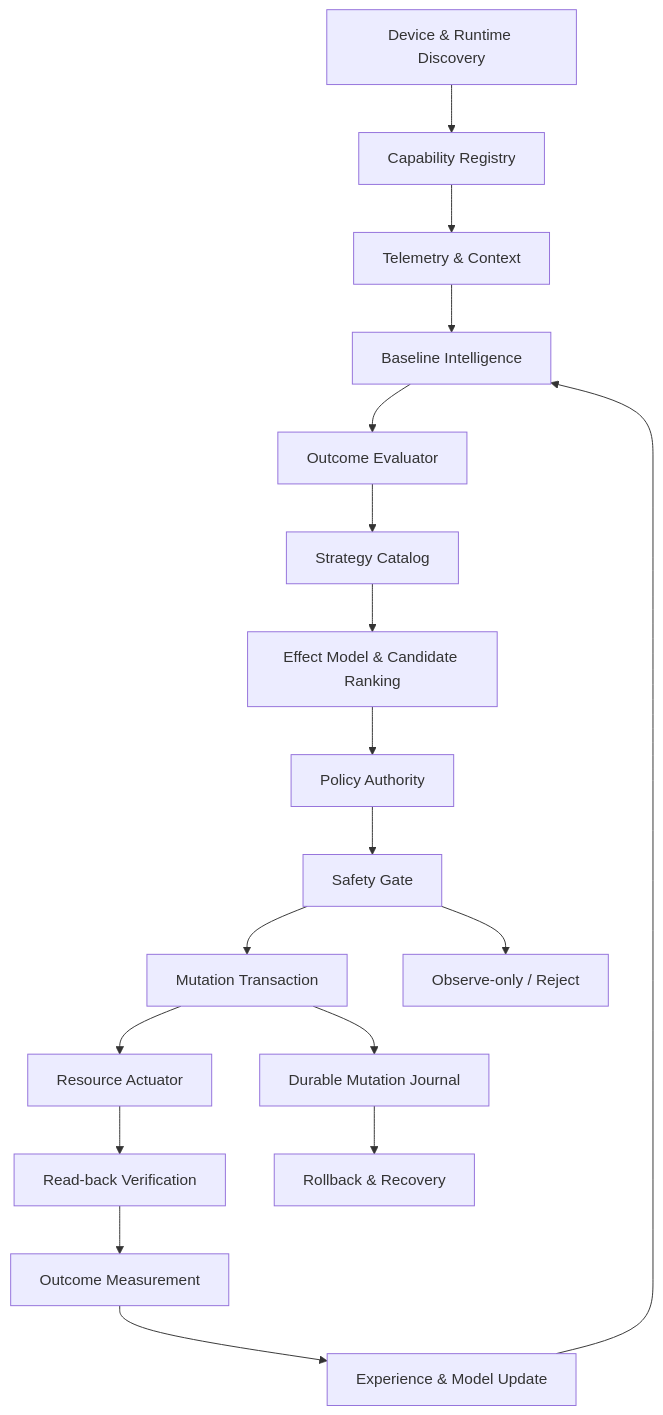
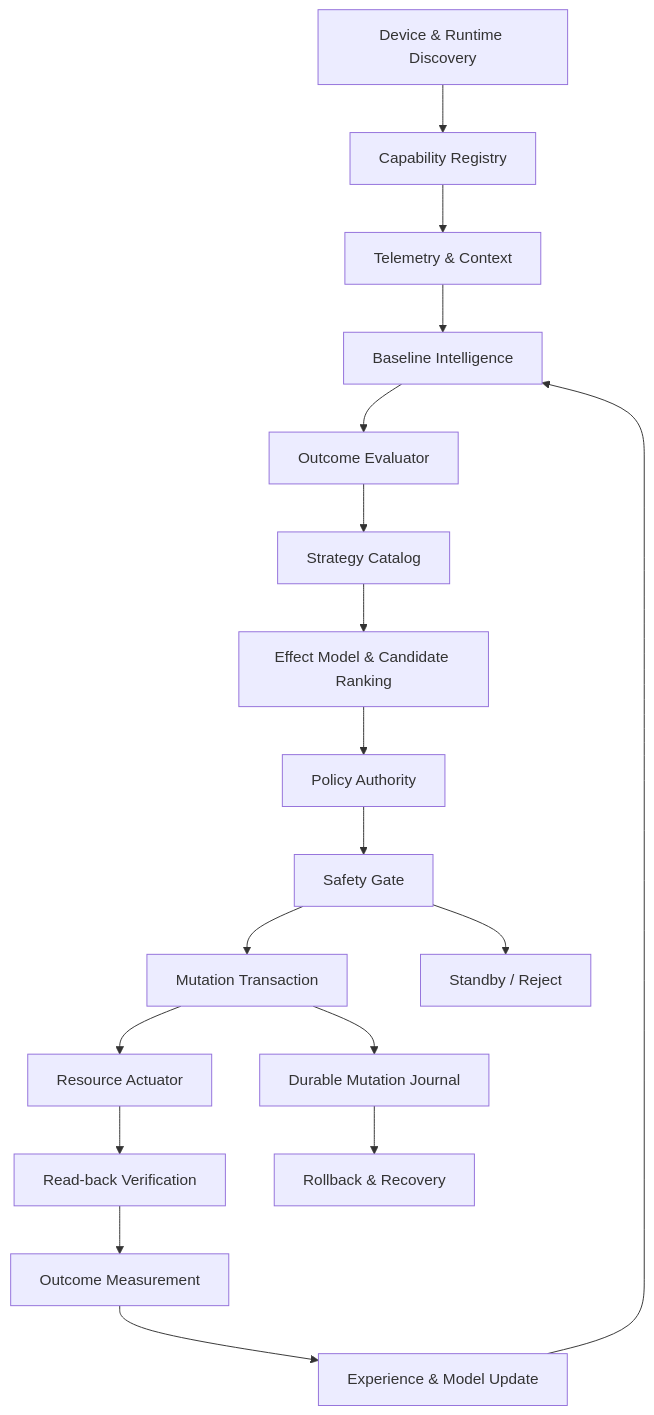
One commit to mystivara-creator/CoreFlow-Engine changed the diagram in README.md. Above: the diagram before and after it, drawn with Mermaid. The commit also changed other lines of this file and 6 other files, not shown here.

````diff
--- a/README.md
+++ b/README.md
@@ -19,20 +19,20 @@
 ```mermaid
 flowchart TD
     A["Device & Runtime Discovery"] --> B["Capability Registry"]
     B --> C["Telemetry & Context"]
     C --> D["Baseline Intelligence"]
     D --> E["Outcome Evaluator"]
     E --> F["Strategy Catalog"]
     F --> G["Effect Model & Candidate Ranking"]
     G --> H["Policy Authority"]
     H --> I["Safety Gate"]
     I --> J["Mutation Transaction"]
     J --> K["Resource Actuator"]
     K --> L["Read-back Verification"]
     L --> M["Outcome Measurement"]
     M --> N["Experience & Model Update"]
     N --> D
     J --> O["Durable Mutation Journal"]
     O --> P["Rollback & Recovery"]
-    I --> Q["Observe-only / Reject"]
+    I --> Q["Standby / Reject"]
 ```
````
